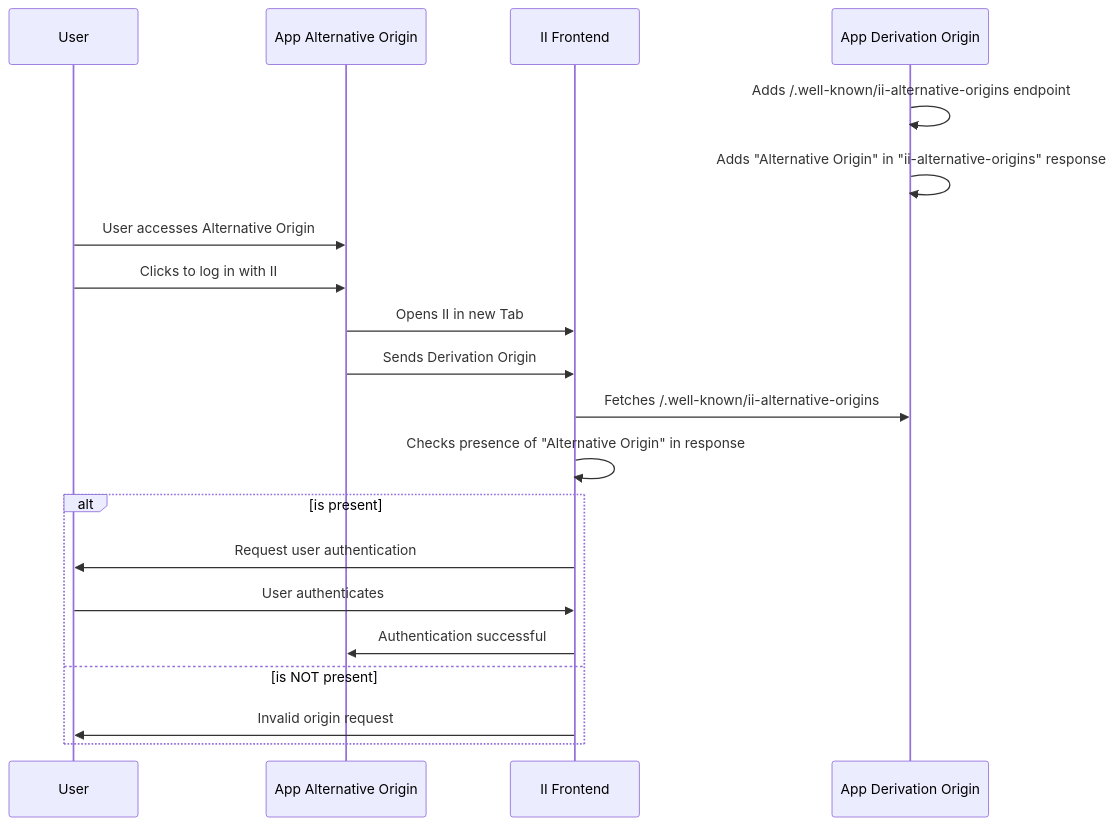
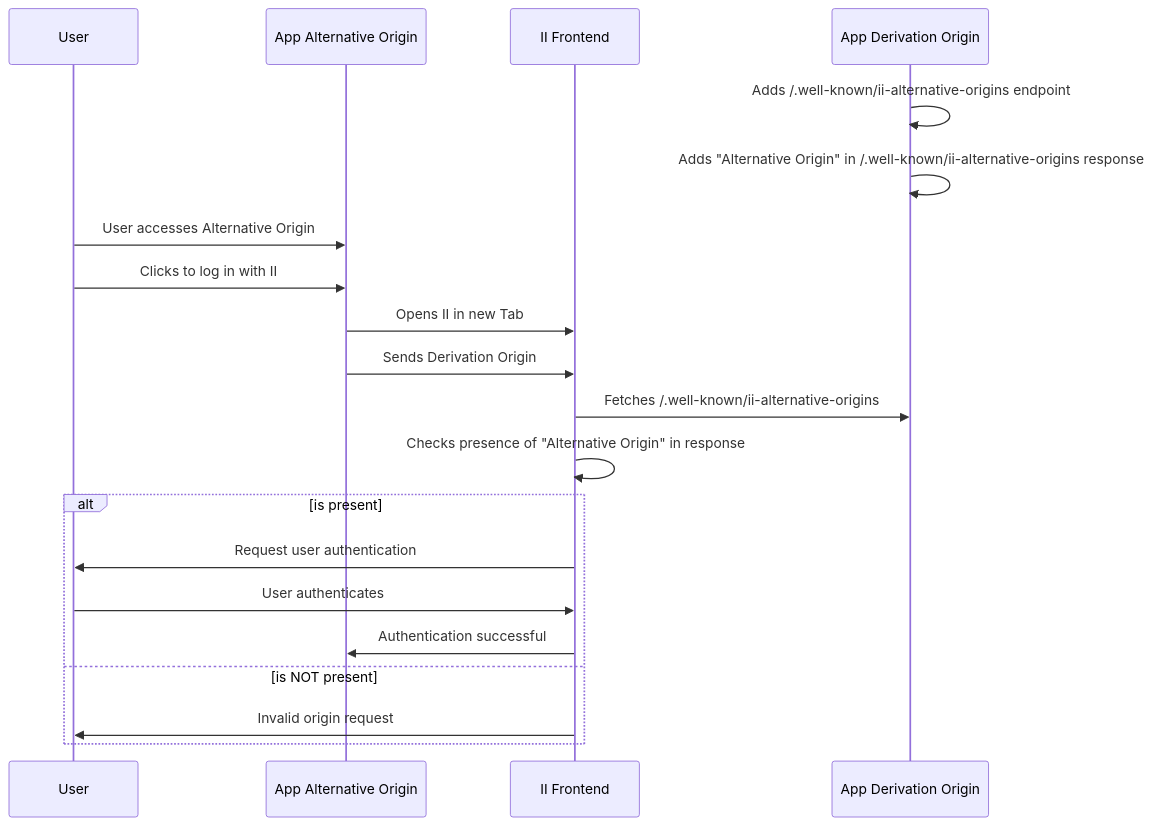
One commit to dfinity/internet-identity changed the second of 2 diagrams in docs/ii-spec.mdx. Above: the diagram before and after it, drawn with Mermaid.

````diff
--- a/docs/ii-spec.mdx
+++ b/docs/ii-spec.mdx
@@ -260,22 +260,22 @@
 ```mermaid
 sequenceDiagram
     participant U as User
     participant A as App Alternative Origin
     participant IF as II Frontend
     participant D as App Derivation Origin
     D->>D: Adds /.well-known/ii-alternative-origins endpoint
-    D->>D: Adds "Alternative Origin" in "ii-alternative-origins" response
+    D->>D: Adds "Alternative Origin" in /.well-known/ii-alternative-origins response
     U->>A: User accesses Alternative Origin
     U->>A: Clicks to log in with II
     A->>IF: Opens II in new Tab
     A->>IF: Sends Derivation Origin
     IF->>D: Fetches /.well-known/ii-alternative-origins
     IF->>IF: Checks presence of "Alternative Origin" in response
     alt is present
         IF->>U: Request user authentication
         U->>IF: User authenticates
         IF->>A: Authentication successful
     else is NOT present
         IF->>U: Invalid origin request
     end
 ```
````
